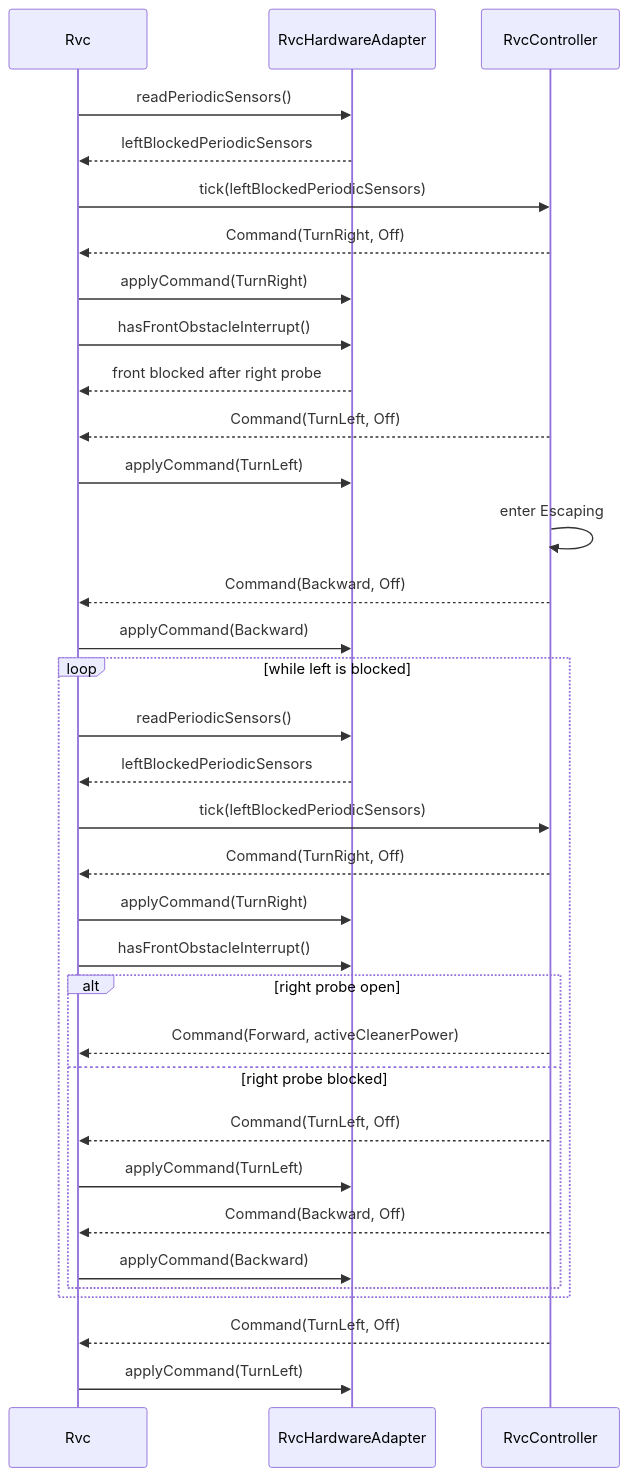
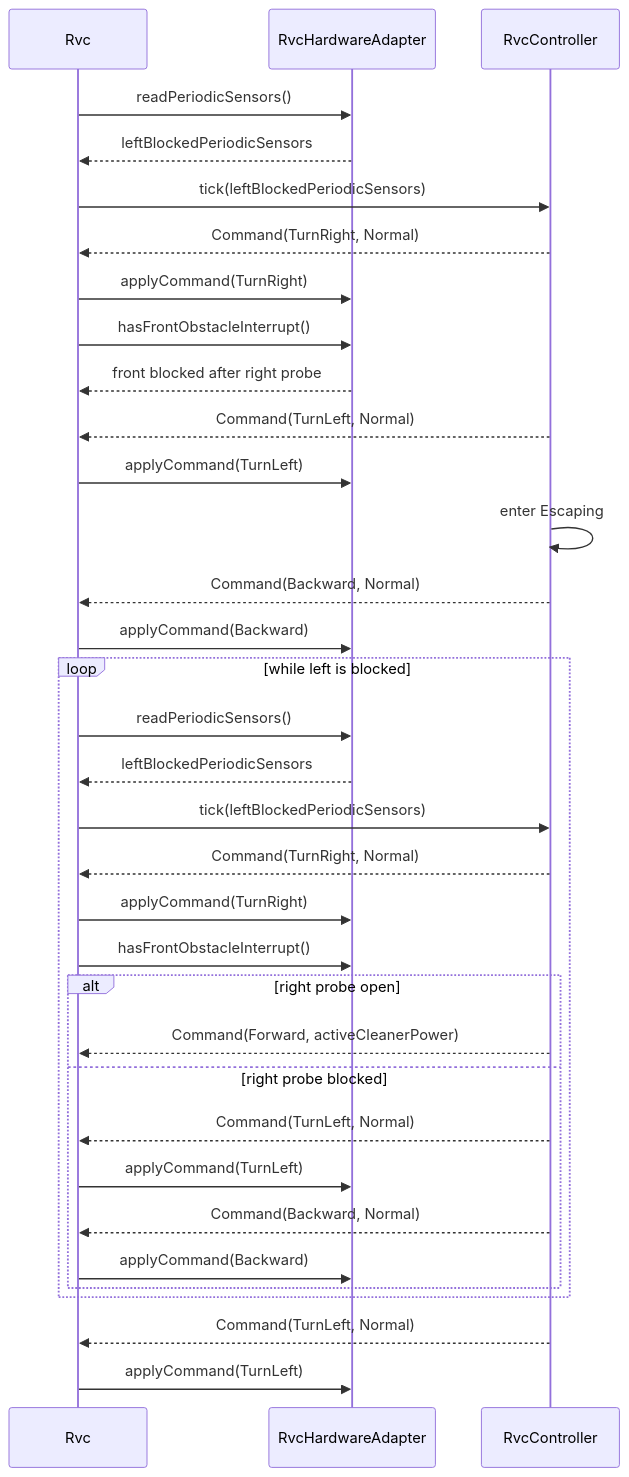
Before and after one commit to reload02/ooad-vibe: the fifth of 7 diagrams in docs/ood_sequence_diagrams.md, drawn with Mermaid. The commit also changed other lines of this file and 9 other files, not shown here.

````diff
--- a/docs/ood_sequence_diagrams.md
+++ b/docs/ood_sequence_diagrams.md
@@ -106,37 +111,37 @@
 ```mermaid
 sequenceDiagram
     participant Rvc
     participant Adapter as RvcHardwareAdapter
     participant Controller as RvcController
 
     Rvc->>Adapter: readPeriodicSensors()
     Adapter-->>Rvc: leftBlockedPeriodicSensors
     Rvc->>Controller: tick(leftBlockedPeriodicSensors)
-    Controller-->>Rvc: Command(TurnRight, Off)
+    Controller-->>Rvc: Command(TurnRight, Normal)
     Rvc->>Adapter: applyCommand(TurnRight)
     Rvc->>Adapter: hasFrontObstacleInterrupt()
     Adapter-->>Rvc: front blocked after right probe
-    Controller-->>Rvc: Command(TurnLeft, Off)
+    Controller-->>Rvc: Command(TurnLeft, Normal)
     Rvc->>Adapter: applyCommand(TurnLeft)
     Controller->>Controller: enter Escaping
-    Controller-->>Rvc: Command(Backward, Off)
+    Controller-->>Rvc: Command(Backward, Normal)
     Rvc->>Adapter: applyCommand(Backward)
     loop while left is blocked
         Rvc->>Adapter: readPeriodicSensors()
         Adapter-->>Rvc: leftBlockedPeriodicSensors
         Rvc->>Controller: tick(leftBlockedPeriodicSensors)
-        Controller-->>Rvc: Command(TurnRight, Off)
+        Controller-->>Rvc: Command(TurnRight, Normal)
         Rvc->>Adapter: applyCommand(TurnRight)
         Rvc->>Adapter: hasFrontObstacleInterrupt()
         alt right probe open
             Controller-->>Rvc: Command(Forward, activeCleanerPower)
         else right probe blocked
-            Controller-->>Rvc: Command(TurnLeft, Off)
+            Controller-->>Rvc: Command(TurnLeft, Normal)
             Rvc->>Adapter: applyCommand(TurnLeft)
-            Controller-->>Rvc: Command(Backward, Off)
+            Controller-->>Rvc: Command(Backward, Normal)
             Rvc->>Adapter: applyCommand(Backward)
         end
     end
-    Controller-->>Rvc: Command(TurnLeft, Off)
+    Controller-->>Rvc: Command(TurnLeft, Normal)
     Rvc->>Adapter: applyCommand(TurnLeft)
 ```
````
